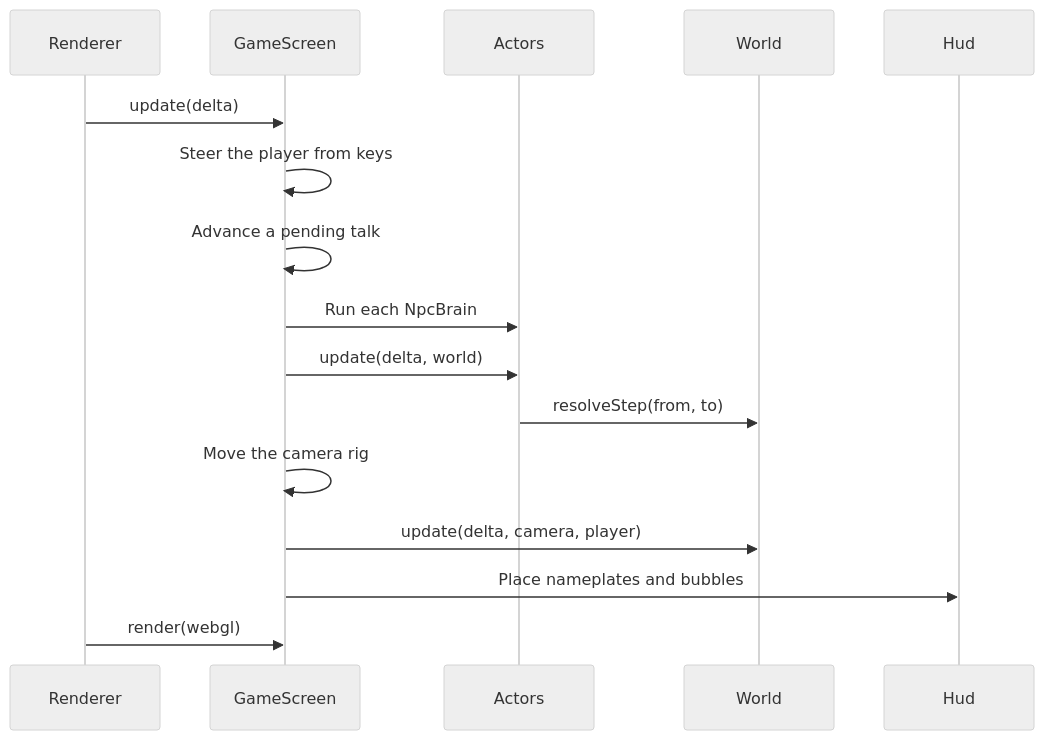
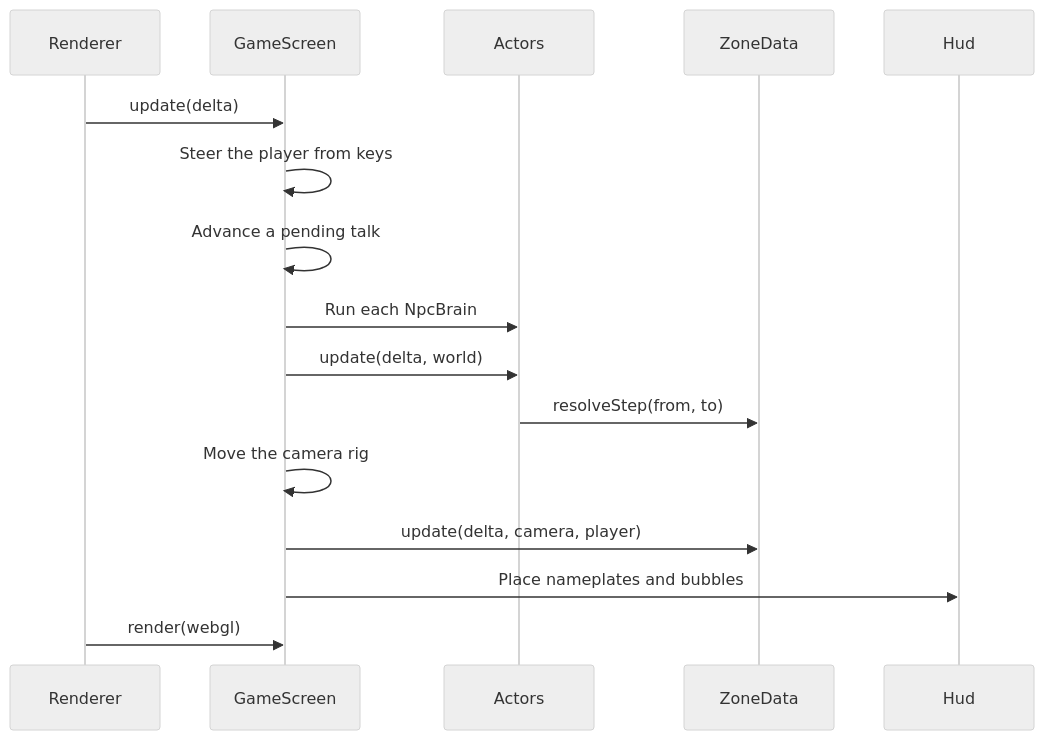
One commit to booshie-uuid/foreverquest changed the second of 2 diagrams in docs/architecture.md. Above: the diagram before and after it, drawn with Mermaid (neutral theme). The commit also changed other lines of this file and 42 other files, not shown here.

````diff
--- a/docs/architecture.md
+++ b/docs/architecture.md
@@ -70,22 +70,22 @@
 ```mermaid
 sequenceDiagram
     accTitle: One Game Frame
     accDescr: The renderer asks the game screen to update; the screen reads input, advances talking, villagers and actors, moves the camera, updates the world and the HUD, and then the renderer draws the scene
 
     participant renderer as Renderer
     participant screen as GameScreen
     participant actors as Actors
-    participant world as World
+    participant world as ZoneData
     participant hud as Hud
 
     renderer->>screen: update(delta)
     screen->>screen: Steer the player from keys
     screen->>screen: Advance a pending talk
     screen->>actors: Run each NpcBrain
     screen->>actors: update(delta, world)
     actors->>world: resolveStep(from, to)
     screen->>screen: Move the camera rig
     screen->>world: update(delta, camera, player)
     screen->>hud: Place nameplates and bubbles
     renderer->>screen: render(webgl)
 ```
````
